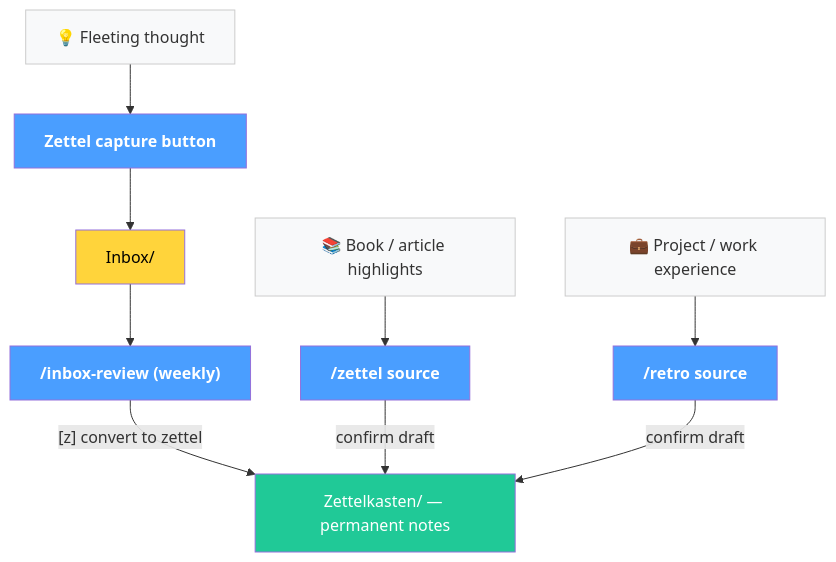
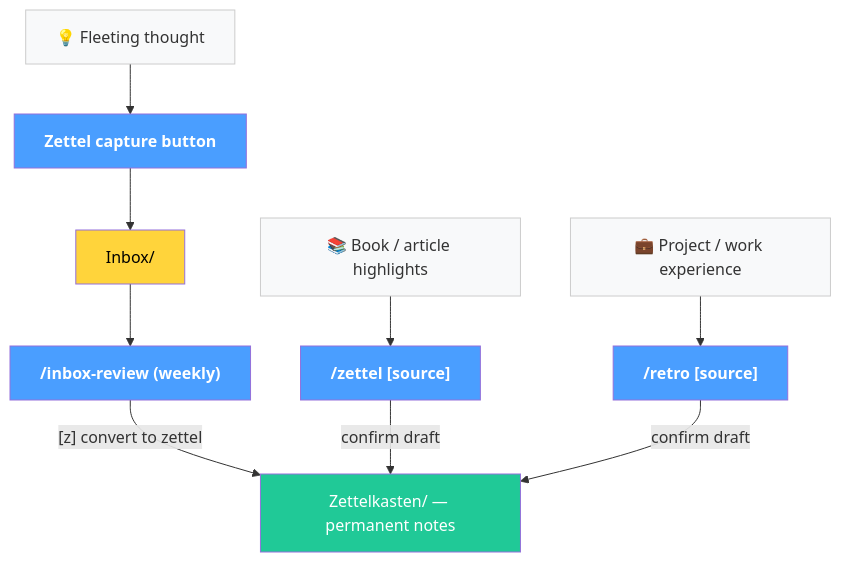
One commit to yepengfan/obsidian-workflow changed the third of 4 diagrams in README.md. Above: the diagram before and after it, drawn with Mermaid. The commit also changed other lines of this file, not shown here.

Commit message:
Fix diagram parameter labels and trailing blank line in README
- /zettel source → /zettel [source], /retro source → /retro [source]
- Remove trailing blank line after Vault Maintenance table

````diff
--- a/README.md
+++ b/README.md
@@ -123,27 +123,27 @@
 ```mermaid
 flowchart TD
     classDef cmd fill:#4a9eff,color:#fff,font-weight:bold
     classDef store fill:#20c997,color:#fff
     classDef inbox fill:#ffd43b,color:#000
     classDef source fill:#f8f9fa,color:#333,stroke:#ccc
 
     THOUGHT["💡 Fleeting thought"]:::source
     BOOK["📚 Book / article highlights"]:::source
     WORK_EXP["💼 Project / work experience"]:::source
 
     BTN["Zettel capture button"]:::cmd
     INBOX["Inbox/"]:::inbox
     IR["/inbox-review (weekly)"]:::cmd
-    ZT["/zettel source"]:::cmd
-    RT["/retro source"]:::cmd
+    ZT["/zettel [source]"]:::cmd
+    RT["/retro [source]"]:::cmd
 
     ZK["Zettelkasten/ — permanent notes"]:::store
 
     THOUGHT --> BTN --> INBOX --> IR
     BOOK --> ZT
     WORK_EXP --> RT
 
     IR -->|"[z] convert to zettel"| ZK
     ZT -->|"confirm draft"| ZK
     RT -->|"confirm draft"| ZK
 ```
````
